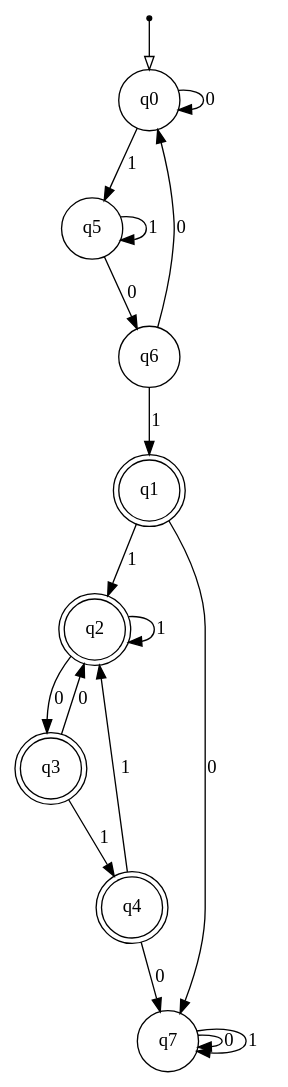
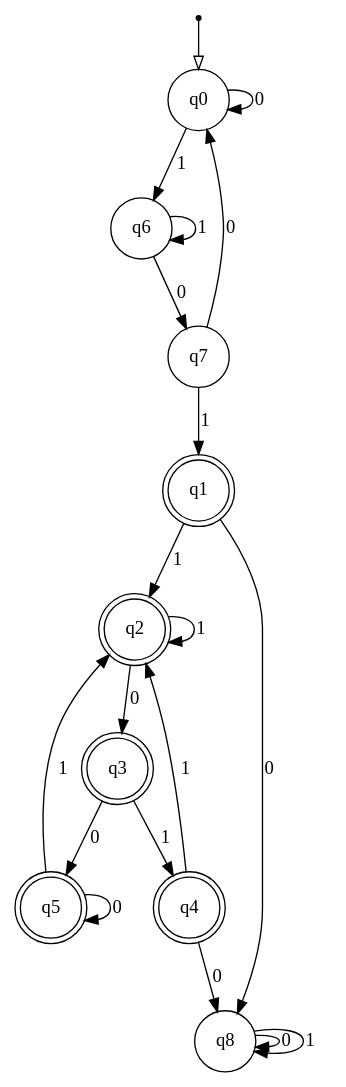
One commit to qianyouwang/cs138-hw02 changed the diagram in 1i.dfa.pdf.dot. Above: the diagram before and after it, drawn with Graphviz. The commit also changed 2 other files, not shown here.

```diff
--- a/1i.dfa.pdf.dot
+++ b/1i.dfa.pdf.dot
@@ -1,29 +1,32 @@
 digraph {
   node [shape=point]; __start;
   node [shape = circle]; q0;
   node [shape = doublecircle]; q1;
   node [shape = doublecircle]; q2;
   node [shape = doublecircle]; q3;
   node [shape = doublecircle]; q4;
-  node [shape = circle]; q5;
+  node [shape = doublecircle]; q5;
   node [shape = circle]; q6;
   node [shape = circle]; q7;
+  node [shape = circle]; q8;
 
   __start -> q0 [arrowhead = empty];
   q0 -> q0 [label = "0"];
-  q0 -> q5 [label = "1"];
-  q1 -> q7 [label = "0"];
+  q0 -> q6 [label = "1"];
+  q1 -> q8 [label = "0"];
   q1 -> q2 [label = "1"];
   q2 -> q3 [label = "0"];
   q2 -> q2 [label = "1"];
-  q3 -> q2 [label = "0"];
+  q3 -> q5 [label = "0"];
   q3 -> q4 [label = "1"];
-  q4 -> q7 [label = "0"];
+  q4 -> q8 [label = "0"];
   q4 -> q2 [label = "1"];
-  q5 -> q6 [label = "0"];
-  q5 -> q5 [label = "1"];
-  q6 -> q0 [label = "0"];
-  q6 -> q1 [label = "1"];
-  q7 -> q7 [label = "0"];
-  q7 -> q7 [label = "1"];
+  q5 -> q5 [label = "0"];
+  q5 -> q2 [label = "1"];
+  q6 -> q7 [label = "0"];
+  q6 -> q6 [label = "1"];
+  q7 -> q0 [label = "0"];
+  q7 -> q1 [label = "1"];
+  q8 -> q8 [label = "0"];
+  q8 -> q8 [label = "1"];
 }
```
